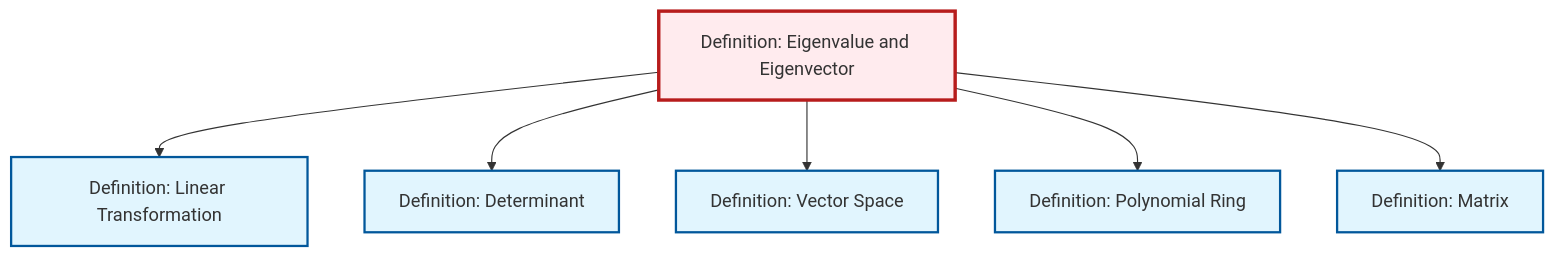
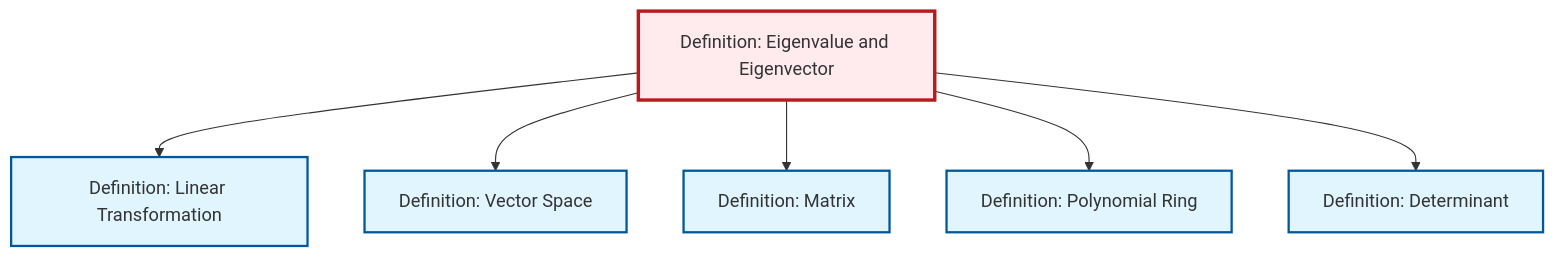
One commit to RK0429/ModernMath changed the diagram in content/ja/algebra/def-eigenvalue-eigenvector.qmd. Above: the diagram before and after it, drawn with Mermaid. The commit also changed other lines of this file and 654 other files, not shown here.

````diff
--- a/content/ja/algebra/def-eigenvalue-eigenvector.qmd
+++ b/content/ja/algebra/def-eigenvalue-eigenvector.qmd
@@ -77,26 +77,26 @@
 ```{mermaid}
 %%| fig-cap: "Local dependency graph"
 graph TD
     classDef definition fill:#e1f5fe,stroke:#01579b,stroke-width:2px
     classDef theorem fill:#f3e5f5,stroke:#4a148c,stroke-width:2px
     classDef axiom fill:#fff3e0,stroke:#e65100,stroke-width:2px
     classDef example fill:#e8f5e9,stroke:#1b5e20,stroke-width:2px
     classDef current fill:#ffebee,stroke:#b71c1c,stroke-width:3px
+    def-polynomial-ring["Definition: Polynomial Ring"]:::definition
+    def-determinant["Definition: Determinant"]:::definition
+    def-matrix["Definition: Matrix"]:::definition
     def-eigenvalue-eigenvector["Definition: Eigenvalue and Eigenvector"]:::definition
-    def-determinant["Definition: Determinant"]:::definition
     def-linear-transformation["Definition: Linear Transformation"]:::definition
-    def-matrix["Definition: Matrix"]:::definition
     def-vector-space["Definition: Vector Space"]:::definition
-    def-polynomial-ring["Definition: Polynomial Ring"]:::definition
     def-eigenvalue-eigenvector --> def-linear-transformation
+    def-eigenvalue-eigenvector --> def-vector-space
+    def-eigenvalue-eigenvector --> def-matrix
+    def-eigenvalue-eigenvector --> def-polynomial-ring
     def-eigenvalue-eigenvector --> def-determinant
-    def-eigenvalue-eigenvector --> def-vector-space
-    def-eigenvalue-eigenvector --> def-polynomial-ring
-    def-eigenvalue-eigenvector --> def-matrix
     class def-eigenvalue-eigenvector current
+    click def-polynomial-ring "def-polynomial-ring.html" "Definition: Polynomial Ringへ"
     click def-determinant "def-determinant.html" "Definition: Determinantへ"
+    click def-matrix "def-matrix.html" "Definition: Matrixへ"
     click def-linear-transformation "def-linear-transformation.html" "Definition: Linear Transformationへ"
-    click def-matrix "def-matrix.html" "Definition: Matrixへ"
     click def-vector-space "def-vector-space.html" "Definition: Vector Spaceへ"
-    click def-polynomial-ring "def-polynomial-ring.html" "Definition: Polynomial Ringへ"
 ```
````
